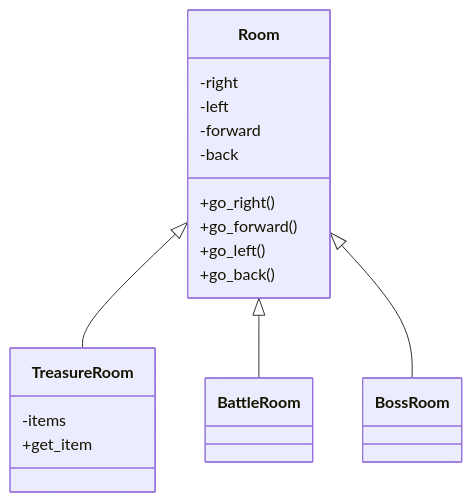
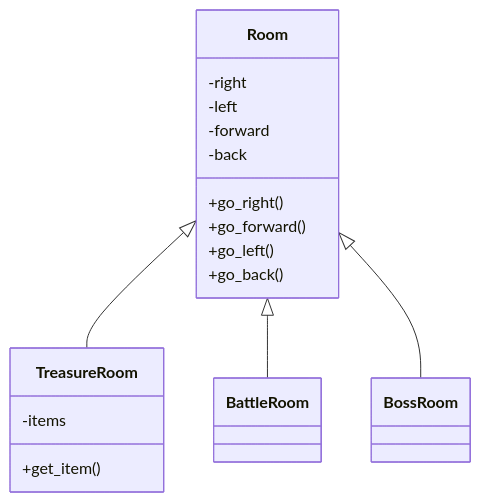
One commit to edward-yee-ny/j1-summary-project-private- changed the first of 3 diagrams in README.md. Above: the diagram before and after it, drawn with Mermaid.

````diff
--- a/README.md
+++ b/README.md
@@ -60,17 +60,17 @@
 ```mermaid
 classDiagram
     Room <|-- TreasureRoom
     Room <|-- BattleRoom
     Room <|-- BossRoom
     Room : -right
     Room : -left
     Room : -forward
     Room : -back
     Room : +go_right()
     Room : +go_forward()
     Room : +go_left()
     Room : +go_back()
     TreasureRoom : -items
-    TreasureRoom : +get_item
+    TreasureRoom : +get_item()
     
 ```
````
